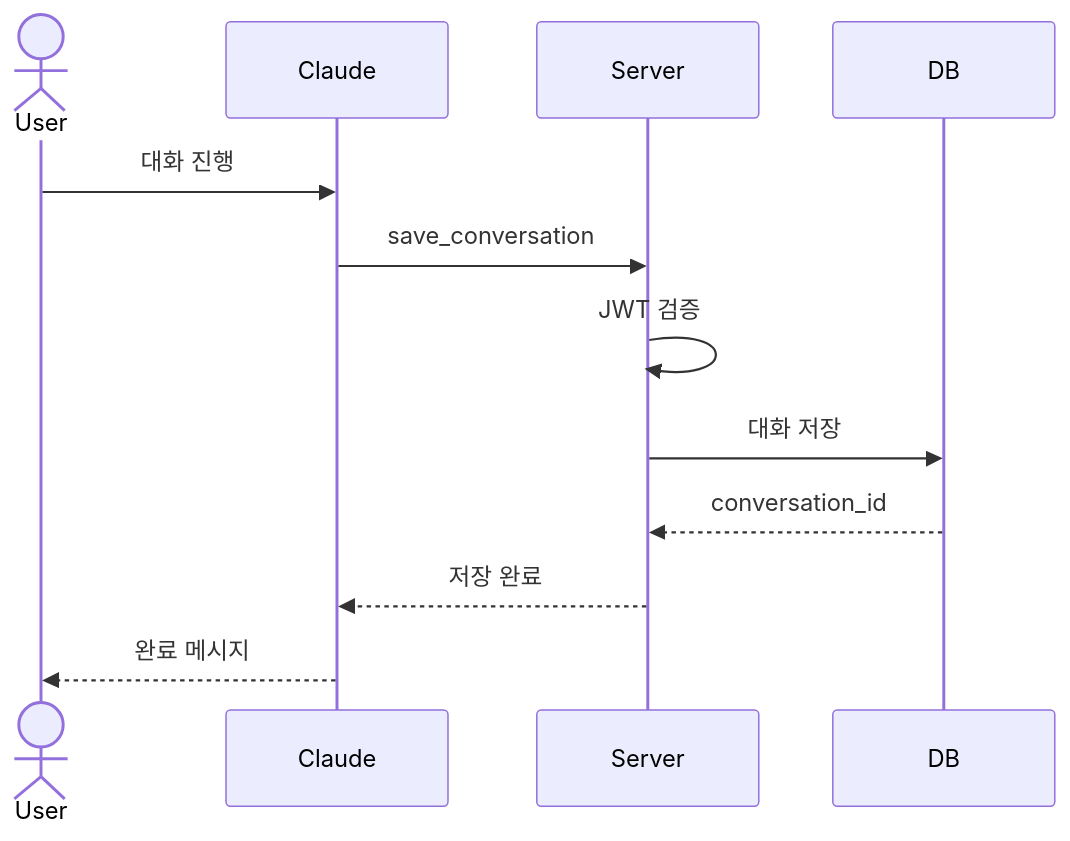
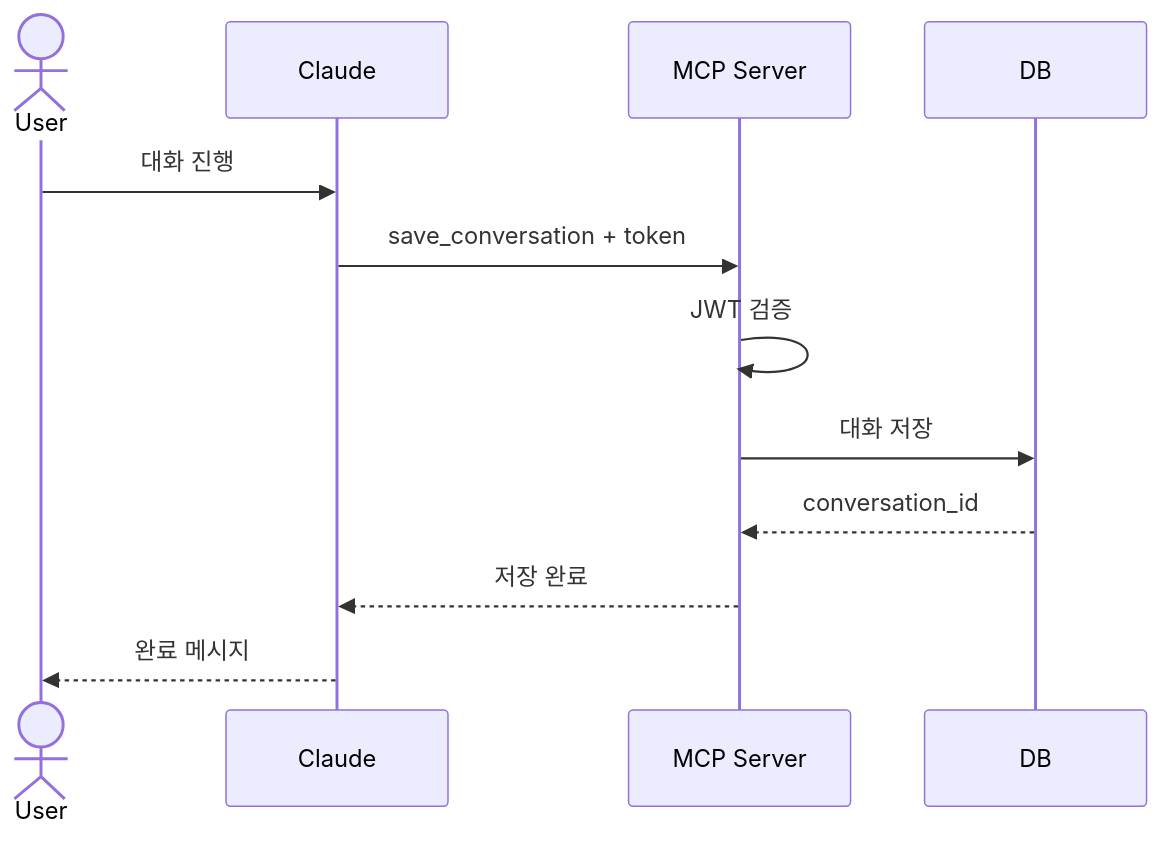
Before and after one commit to xpdlf1004/pensieve-mcp: the fifth of 15 diagrams in ARCHITECTURE_SIMPLE.md, drawn with Mermaid. The commit also changed other lines of this file, not shown here.

Commit message:
Add architecture.

````diff
--- a/ARCHITECTURE_SIMPLE.md
+++ b/ARCHITECTURE_SIMPLE.md
@@ -103,15 +112,15 @@
 ```mermaid
 sequenceDiagram
     actor User
     participant Claude
-    participant Server
+    participant MCP as MCP Server
     participant DB
 
     User->>Claude: 대화 진행
-    Claude->>Server: save_conversation
-    Server->>Server: JWT 검증
-    Server->>DB: 대화 저장
-    DB-->>Server: conversation_id
-    Server-->>Claude: 저장 완료
+    Claude->>MCP: save_conversation + token
+    MCP->>MCP: JWT 검증
+    MCP->>DB: 대화 저장
+    DB-->>MCP: conversation_id
+    MCP-->>Claude: 저장 완료
     Claude-->>User: 완료 메시지
 ```
````
